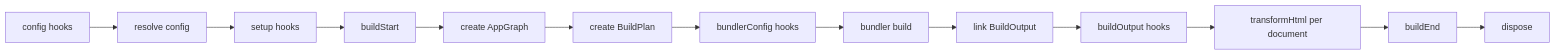
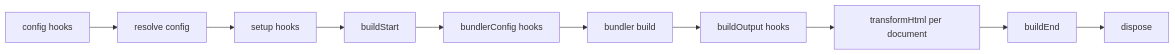
Before and after one commit to binhanchen25-arch/evjs: the diagram in docs/docs/plugins.md, drawn with Mermaid. The commit also changed other lines of this file and 35 other files, not shown here.

````diff
--- a/docs/docs/plugins.md
+++ b/docs/docs/plugins.md
@@ -115,15 +118,12 @@
 ```mermaid
 flowchart LR
   A["config hooks"] --> B["resolve config"]
   B --> C["setup hooks"]
   C --> E["buildStart"]
-  E --> F["create AppGraph"]
-  F --> H["create BuildPlan"]
-  H --> J["bundlerConfig hooks"]
+  E --> J["bundlerConfig hooks"]
   J --> K["bundler build"]
-  K --> L["link BuildOutput"]
-  L --> M["buildOutput hooks"]
+  K --> M["buildOutput hooks"]
   M --> N["transformHtml per document"]
   N --> O["buildEnd"]
   O --> P["dispose"]
 ```
````
